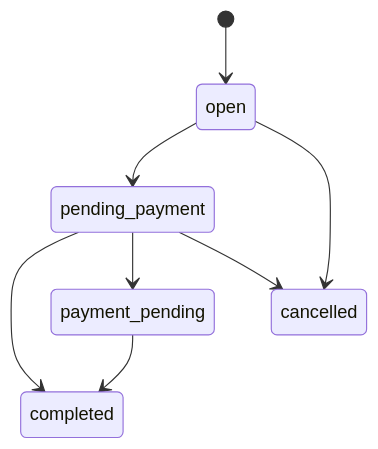
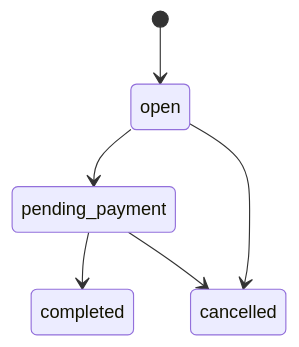
One commit to F-C-Corp/docs changed the diagram in pos-operation-ingestion.mdx. Above: the diagram before and after it, drawn with Mermaid. The commit also changed other lines of this file and 2 other files, not shown here.

Commit message:
delete payment_pending, order_id, seller_id, operator_id

````diff
--- a/pos-operation-ingestion.mdx
+++ b/pos-operation-ingestion.mdx
@@ -14,10 +14,8 @@
 ```mermaid
 stateDiagram-v2
     [*] --> open
     open --> pending_payment
     pending_payment --> completed
-    pending_payment --> payment_pending
-    payment_pending --> completed
     open --> cancelled
     pending_payment --> cancelled
 ```
````
